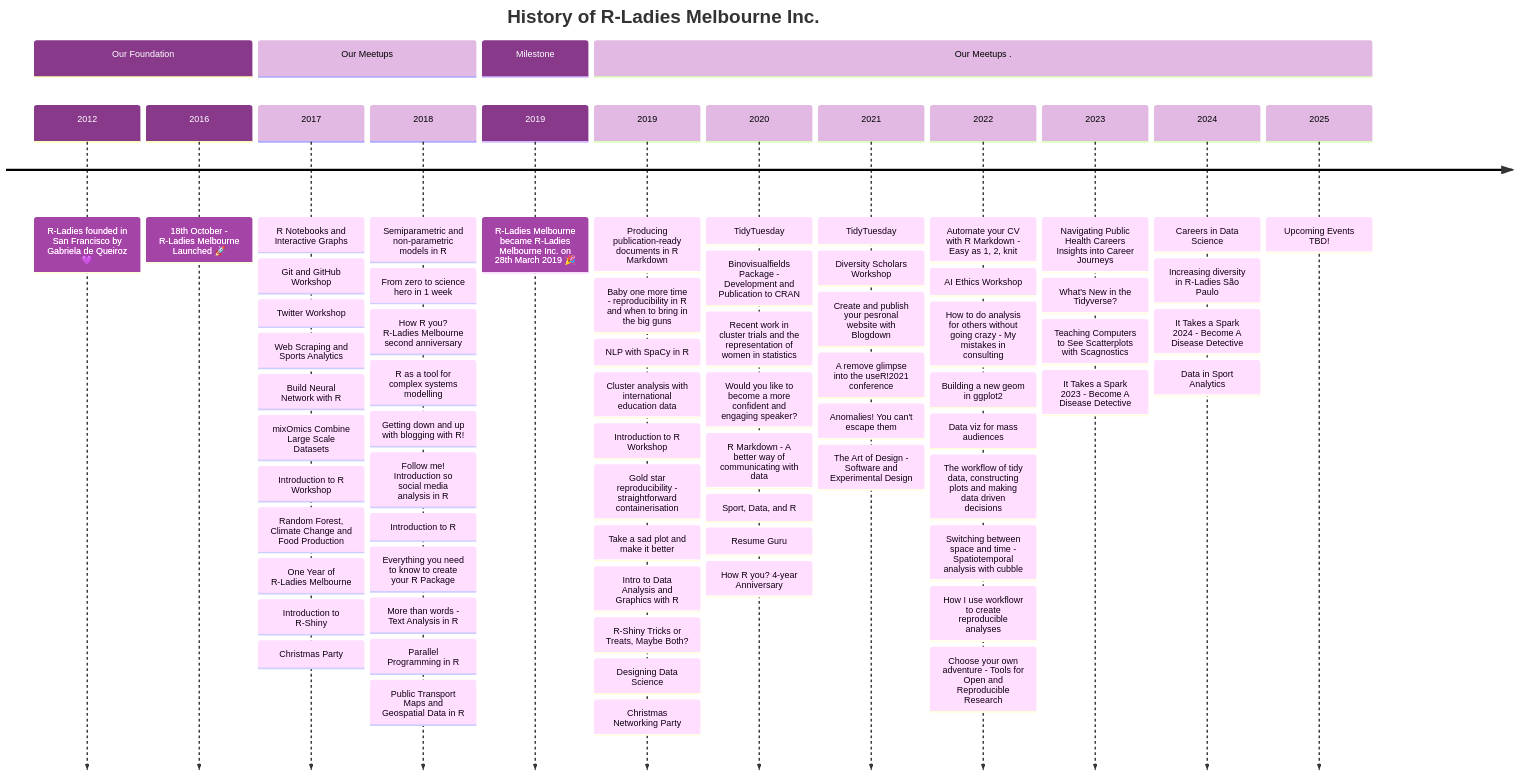
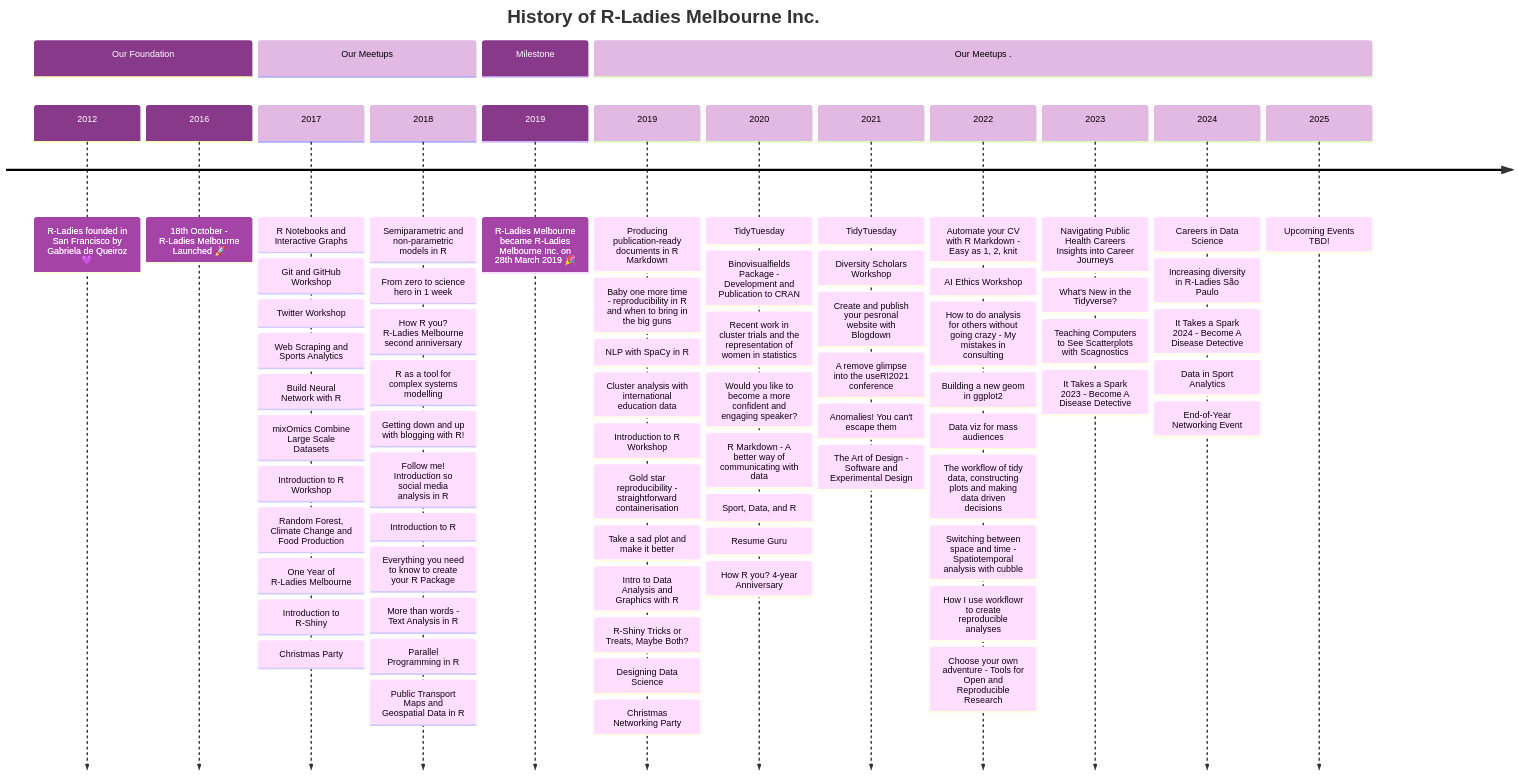
The diagram in timeline.qmd (R-LadiesMelbourne/r-ladiesmelbourne.github.io), drawn with Mermaid before and after one commit. The commit also changed other lines of this file, not shown here.

Commit message:
Update timeline with EOY2024

````diff
--- a/timeline.qmd
+++ b/timeline.qmd
@@ -89,5 +89,6 @@
          : Increasing diversity in R-Ladies São Paulo
          : It Takes a Spark 2024 - Become A Disease Detective
          : Data in Sport Analytics
+         : End-of-Year Networking Event 
     2025 : Upcoming Events TBD!
 ```
````
